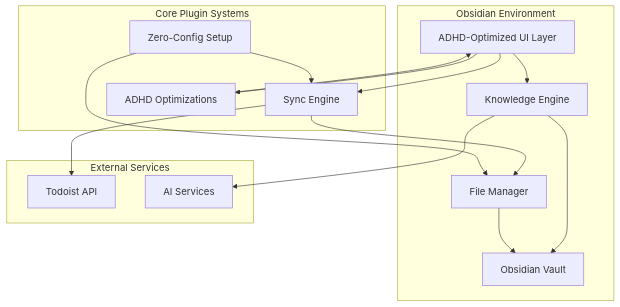
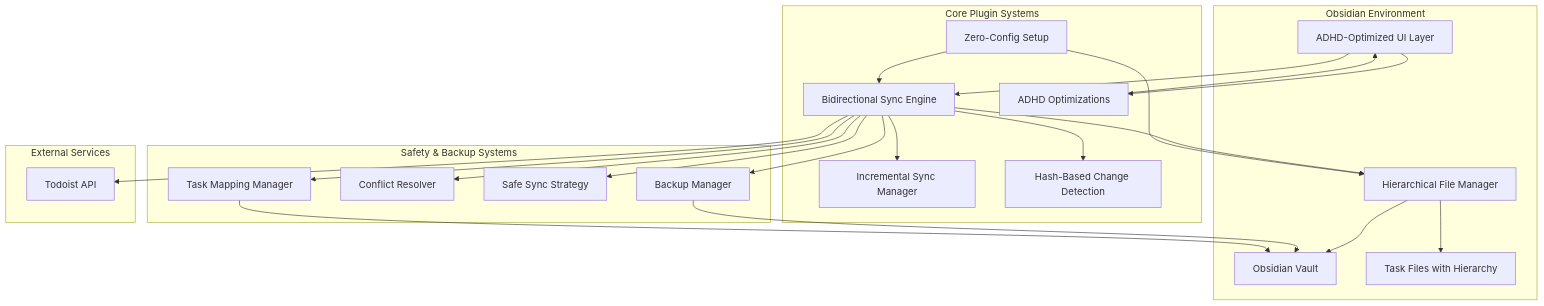
The first of 2 diagrams in docs/HIGH-LEVEL-DESIGN.md (ningsuhen/obsidian-todoist-plugin), drawn with Mermaid before and after one commit. The commit also changed other lines of this file and 5 other files, not shown here.

````diff
--- a/docs/HIGH-LEVEL-DESIGN.md
+++ b/docs/HIGH-LEVEL-DESIGN.md
@@ -6,32 +10,46 @@
 ```mermaid
 graph TB
     subgraph "Obsidian Environment"
         UI[ADHD-Optimized UI Layer]
-        KE[Knowledge Engine]
-        FM[File Manager]
+        FM[Hierarchical File Manager]
         VAULT[Obsidian Vault]
+        TASKS[Task Files with Hierarchy]
     end
-    
+
     subgraph "Core Plugin Systems"
-        SE[Sync Engine]
+        SE[Bidirectional Sync Engine]
+        IS[Incremental Sync Manager]
+        HS[Hash-Based Change Detection]
         ZCS[Zero-Config Setup]
         AO[ADHD Optimizations]
     end
-    
+
+    subgraph "Safety & Backup Systems"
+        BM[Backup Manager]
+        CR[Conflict Resolver]
+        SS[Safe Sync Strategy]
+        TM[Task Mapping Manager]
+    end
+
     subgraph "External Services"
         TODOIST[Todoist API]
-        AI[AI Services]
     end
-    
+
     UI --> SE
-    UI --> KE
     UI --> AO
+    SE --> IS
+    SE --> HS
+    SE --> SS
+    SE --> CR
+    SE --> BM
+    SE --> TM
     SE --> FM
     SE --> TODOIST
-    KE --> AI
-    KE --> VAULT
     FM --> VAULT
+    FM --> TASKS
     ZCS --> SE
     ZCS --> FM
     AO --> UI
+    BM --> VAULT
+    TM --> VAULT
 ```
````
